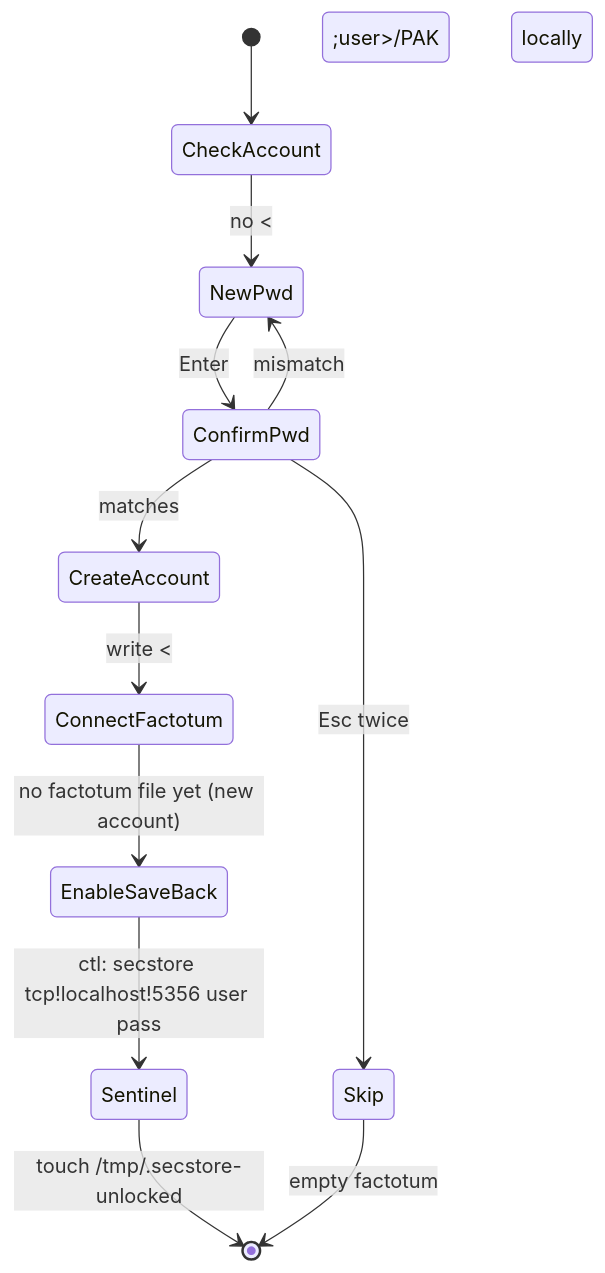
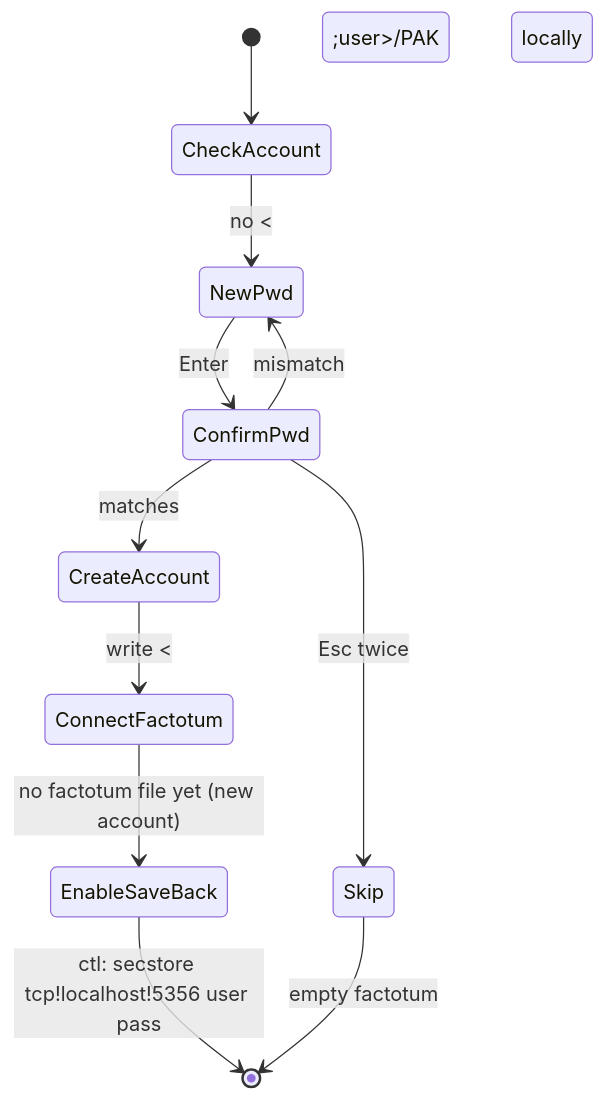
The eighth of 12 diagrams in docs/AUTHENTICATION.md (infernode-os/infernode), drawn with Mermaid before and after one commit. The commit also changed other lines of this file and 6 other files, not shown here.

````diff
--- a/docs/AUTHENTICATION.md
+++ b/docs/AUTHENTICATION.md
@@ -360,14 +360,13 @@
 ```mermaid
 stateDiagram-v2
     [*] --> CheckAccount
     CheckAccount --> NewPwd: no &lt;user&gt;/PAK
     NewPwd --> ConfirmPwd: Enter
     ConfirmPwd --> CreateAccount: matches
     ConfirmPwd --> NewPwd: mismatch
     CreateAccount --> ConnectFactotum: write &lt;user&gt;/PAK locally
     ConnectFactotum --> EnableSaveBack: no factotum file yet (new account)
-    EnableSaveBack --> Sentinel: ctl: secstore tcp!localhost!5356 user pass
-    Sentinel --> [*]: touch /tmp/.secstore-unlocked
+    EnableSaveBack --> [*]: ctl: secstore tcp!localhost!5356 user pass
     ConfirmPwd --> Skip: Esc twice
     Skip --> [*]: empty factotum
 ```
````
